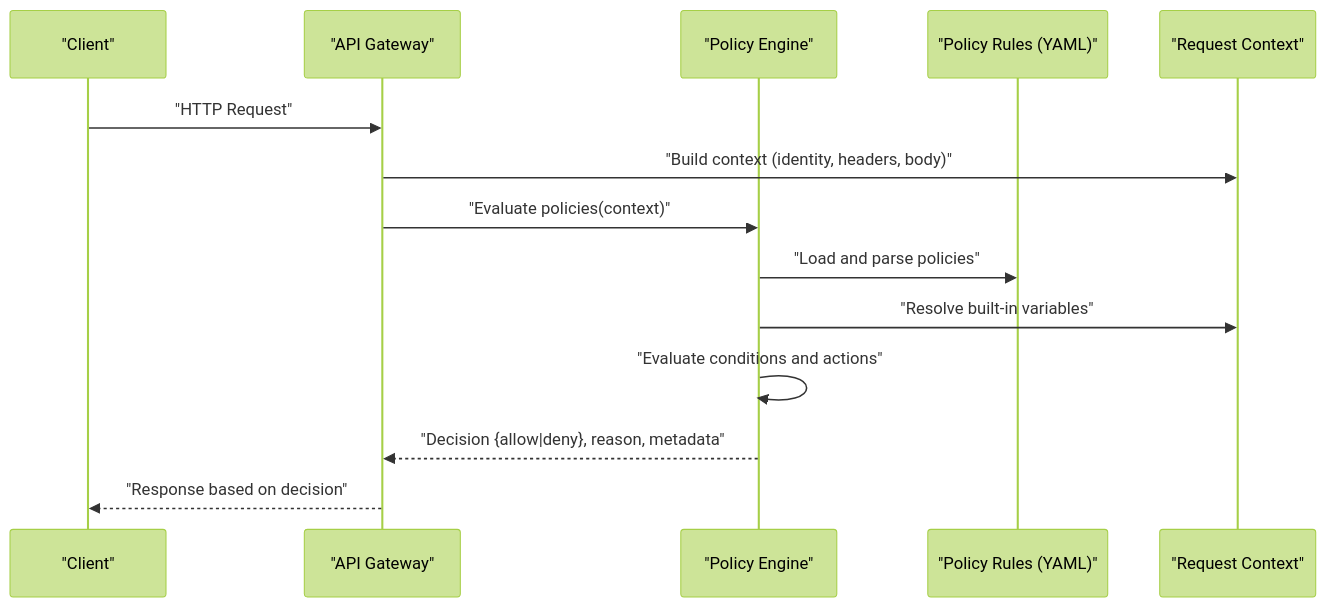
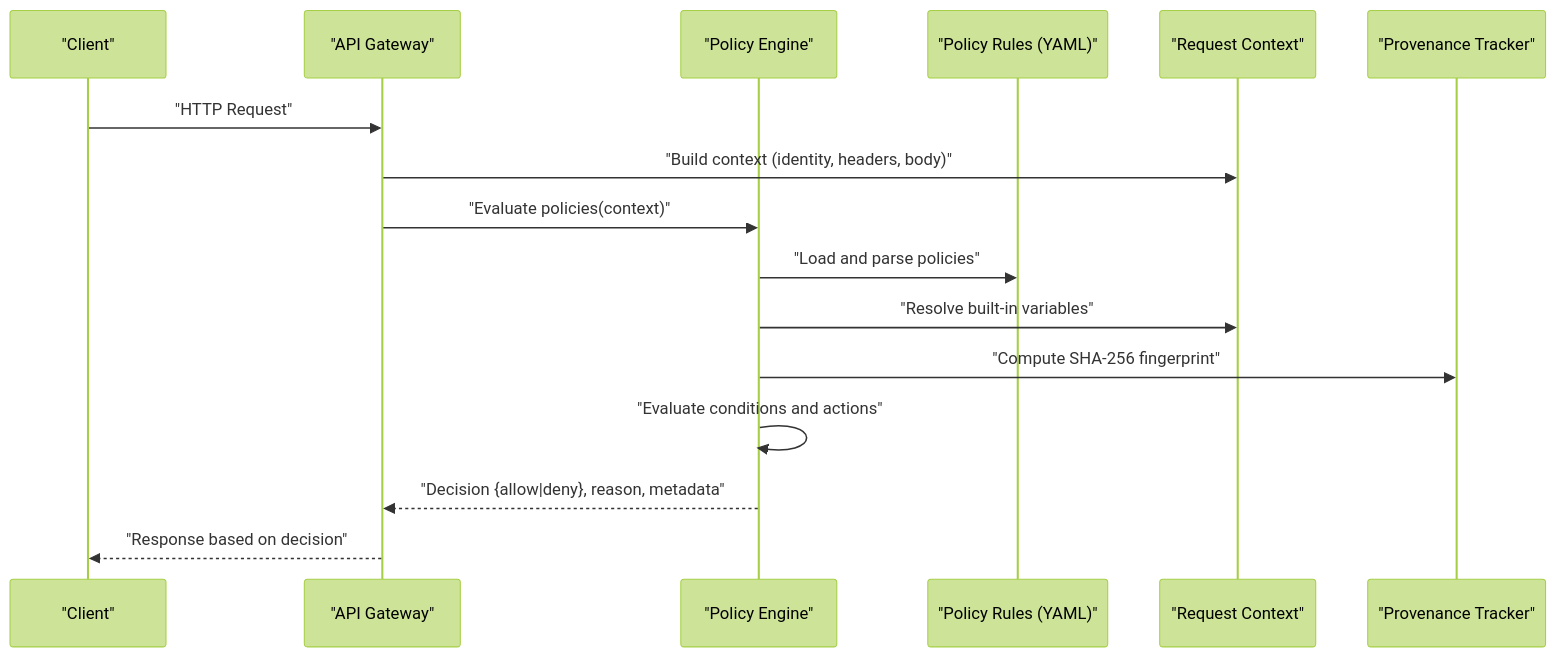
One commit to metasync/luban-aiops changed the second of 5 diagrams in .qoder/repowiki/en/content/Policy Management/Policy Definition Language.md. Above: the diagram before and after it, drawn with Mermaid (forest theme). The commit also changed other lines of this file and 35 other files, not shown here.

````diff
--- a/.qoder/repowiki/en/content/Policy Management/Policy Definition Language.md
+++ b/.qoder/repowiki/en/content/Policy Management/Policy Definition Language.md
@@ -127,16 +163,18 @@
 ```mermaid
 sequenceDiagram
 participant Client as "Client"
 participant Gateway as "API Gateway"
 participant Engine as "Policy Engine"
 participant Rules as "Policy Rules (YAML)"
 participant Context as "Request Context"
+participant Provenance as "Provenance Tracker"
 Client->>Gateway : "HTTP Request"
 Gateway->>Context : "Build context (identity, headers, body)"
 Gateway->>Engine : "Evaluate policies(context)"
 Engine->>Rules : "Load and parse policies"
 Engine->>Context : "Resolve built-in variables"
+Engine->>Provenance : "Compute SHA-256 fingerprint"
 Engine->>Engine : "Evaluate conditions and actions"
 Engine-->>Gateway : "Decision {allow|deny}, reason, metadata"
 Gateway-->>Client : "Response based on decision"
 ```
````
